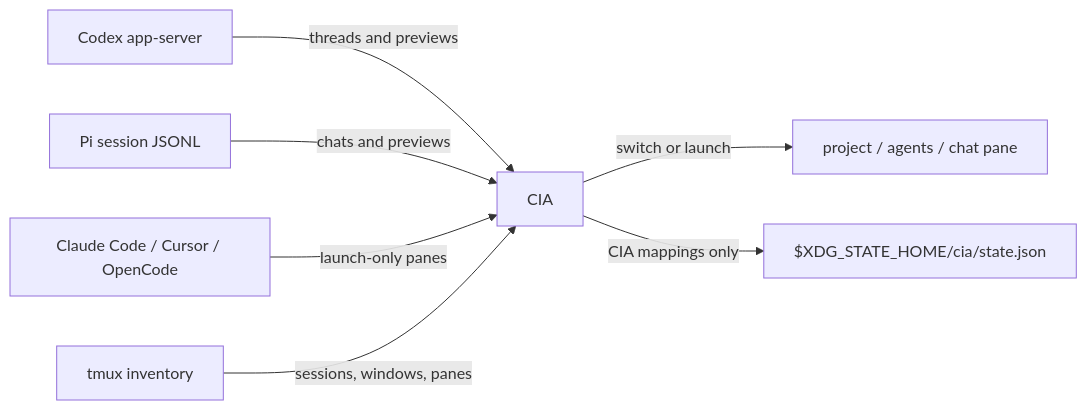
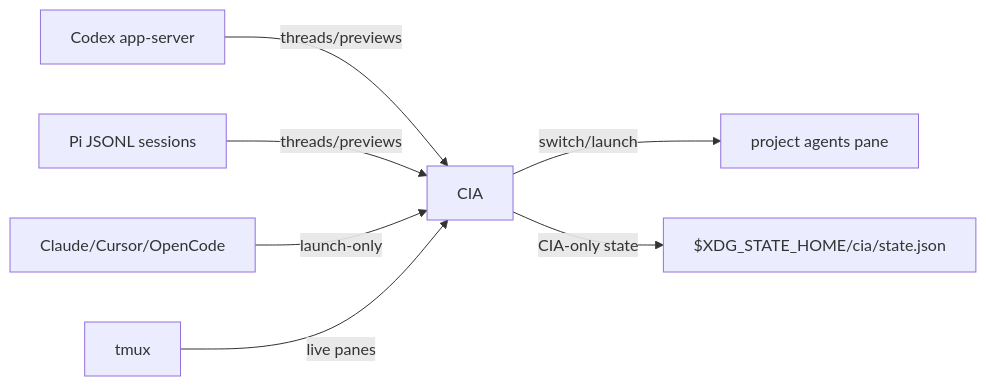
The diagram in README.md (vivek-x-jha/cia), drawn with Mermaid before and after one commit. The commit also changed other lines of this file and 5 other files, not shown here.

````diff
--- a/README.md
+++ b/README.md
@@ -173,9 +141,9 @@
 ```mermaid
 flowchart LR
-    A[Codex app-server] -->|threads and previews| C[CIA]
-    P[Pi session JSONL] -->|chats and previews| C
-    L[Claude Code / Cursor / OpenCode] -->|launch-only panes| C
-    B[tmux inventory] -->|sessions, windows, panes| C
-    C -->|switch or launch| D[project / agents / chat pane]
-    C -->|CIA mappings only| E[$XDG_STATE_HOME/cia/state.json]
+    A[Codex app-server] -->|threads/previews| C[CIA]
+    P[Pi JSONL sessions] -->|threads/previews| C
+    L[Claude/Cursor/OpenCode] -->|launch-only| C
+    T[tmux] -->|live panes| C
+    C -->|switch/launch| D[project agents pane]
+    C -->|CIA-only state| S[$XDG_STATE_HOME/cia/state.json]
 ```
````
